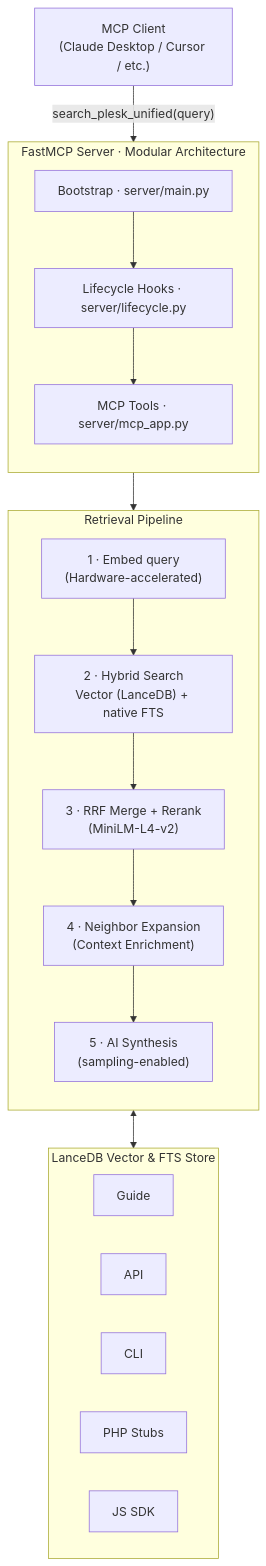
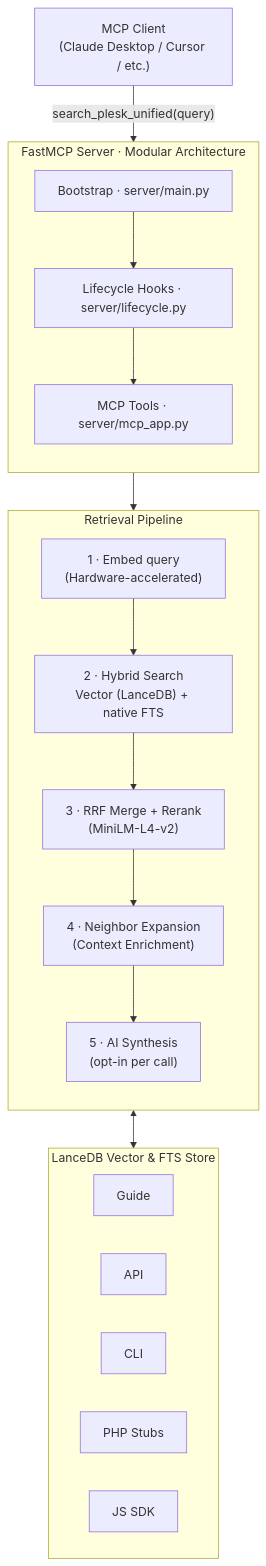
Before and after one commit to barateza/mcp-plesk-dev-docs: the diagram in README.md, drawn with Mermaid. The commit also changed other lines of this file and 1 other file, not shown here.

First line of the commit message:
docs: reflect opt-in synthesis, the result cache, and the light default

````diff
--- a/README.md
+++ b/README.md
@@ -30,37 +30,37 @@
 ```mermaid
 flowchart TD
     Client["MCP Client\n(Claude Desktop / Cursor / etc.)"]
 
     Client -->|"search_plesk_unified(query)"| Server
 
     subgraph Server["FastMCP Server · Modular Architecture"]
         direction TB
         Main["Bootstrap · server/main.py"]
         Life["Lifecycle Hooks · server/lifecycle.py"]
         Tools["MCP Tools · server/mcp_app.py"]
 
         Main --> Life --> Tools
     end
 
     subgraph Pipeline["Retrieval Pipeline"]
         direction TB
         E["1 · Embed query\n(Hardware-accelerated)"]
         S["2 · Hybrid Search\nVector (LanceDB) + native FTS"]
         R["3 · RRF Merge + Rerank\n(MiniLM-L4-v2)"]
         N["4 · Neighbor Expansion\n(Context Enrichment)"]
-        A["5 · AI Synthesis\n(sampling-enabled)"]
+        A["5 · AI Synthesis\n(opt-in per call)"]
         E --> S --> R --> N --> A
     end
 
     subgraph Store["LanceDB Vector & FTS Store"]
         direction LR
         G["Guide"]
         A_["API"]
         C["CLI"]
         P["PHP Stubs"]
         J["JS SDK"]
     end
 
     Tools --> Pipeline
     S <--> Store
 ```
````
